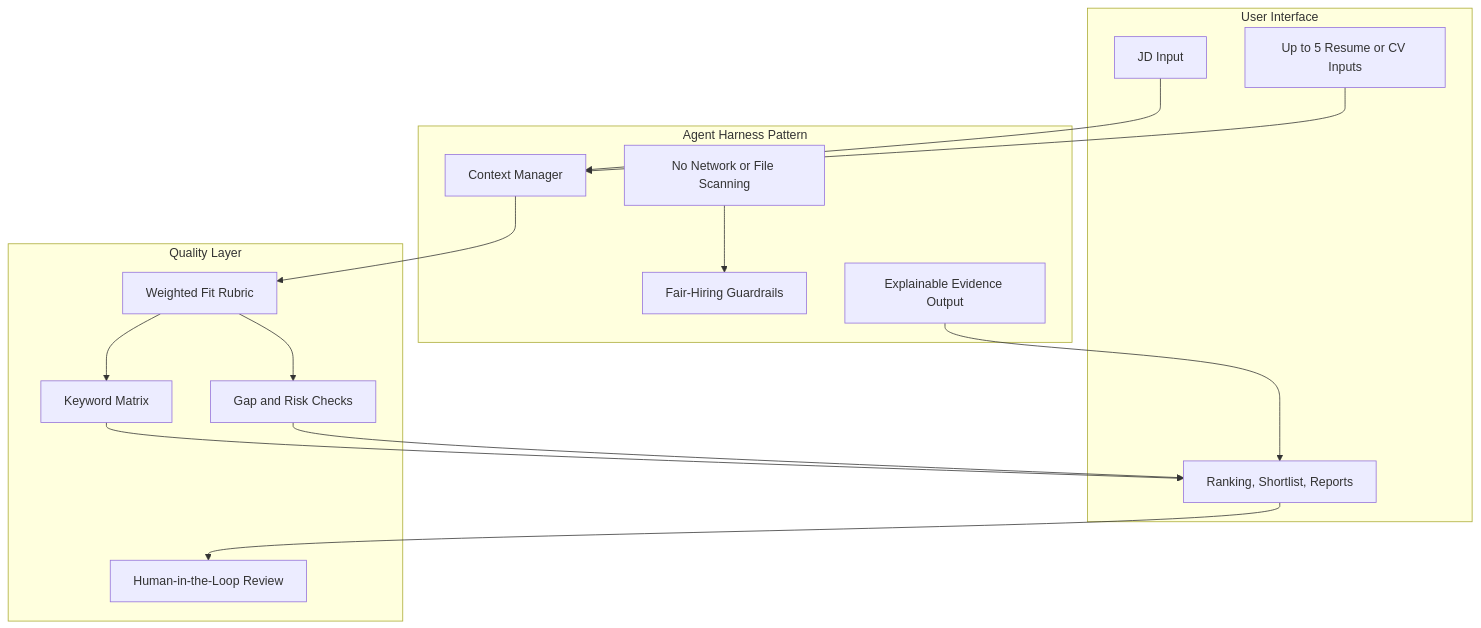
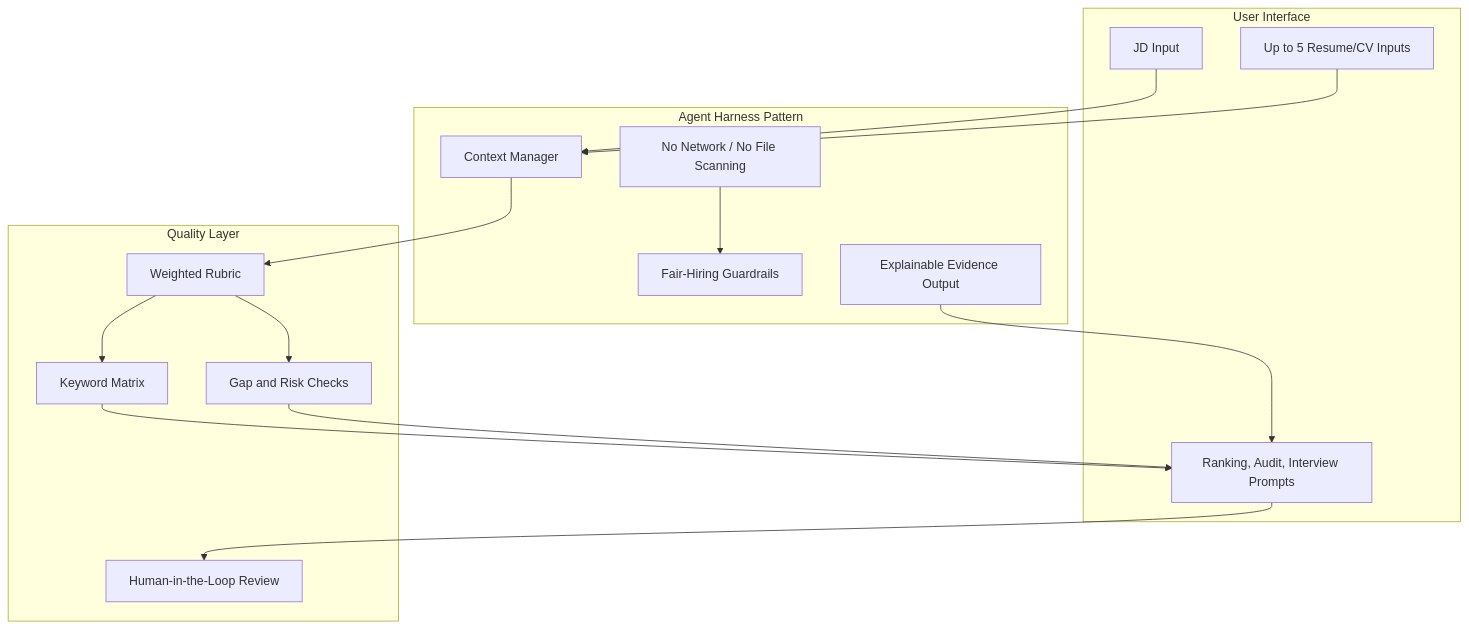
The second of 5 diagrams in candidate-fit-showcase/README.md (TengKianBoon/TengKianBoon), drawn with Mermaid before and after one commit. The commit also changed other lines of this file, not shown here.

````diff
--- a/candidate-fit-showcase/README.md
+++ b/candidate-fit-showcase/README.md
@@ -35,33 +51,33 @@
 ```mermaid
 flowchart TB
-  subgraph UI[User Interface]
-    JDInput[JD Input]
-    CandidateInputs[Up to 5 Resume or CV Inputs]
-    Results[Ranking, Shortlist, Reports]
+  subgraph UI["User Interface"]
+    JDInput["JD Input"]
+    CandidateInputs["Up to 5 Resume/CV Inputs"]
+    Reports["Ranking, Audit, Interview Prompts"]
   end
 
-  subgraph Harness[Agent Harness Pattern]
-    Context[Context Manager]
-    Permissions[No Network or File Scanning]
-    Policy[Fair-Hiring Guardrails]
-    Audit[Explainable Evidence Output]
+  subgraph Harness["Agent Harness Pattern"]
+    Context["Context Manager"]
+    Permissions["No Network / No File Scanning"]
+    Policy["Fair-Hiring Guardrails"]
+    Auditability["Explainable Evidence Output"]
   end
 
-  subgraph Quality[Quality Layer]
-    Rubric[Weighted Fit Rubric]
-    KeywordMatrix[Keyword Matrix]
-    RiskChecks[Gap and Risk Checks]
-    HumanReview[Human-in-the-Loop Review]
+  subgraph Quality["Quality Layer"]
+    Rubric["Weighted Rubric"]
+    KeywordMatrix["Keyword Matrix"]
+    RiskChecks["Gap and Risk Checks"]
+    HumanReview["Human-in-the-Loop Review"]
   end
 
   JDInput --> Context
   CandidateInputs --> Context
   Context --> Rubric
   Permissions --> Policy
   Rubric --> KeywordMatrix
   Rubric --> RiskChecks
-  KeywordMatrix --> Results
-  RiskChecks --> Results
-  Results --> HumanReview
-  Audit --> Results
+  KeywordMatrix --> Reports
+  RiskChecks --> Reports
+  Auditability --> Reports
+  Reports --> HumanReview
 ```
````
